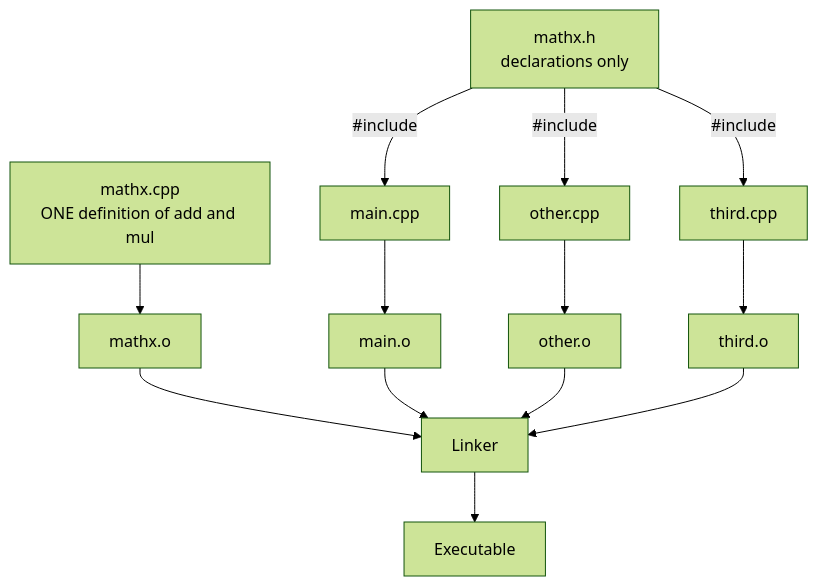
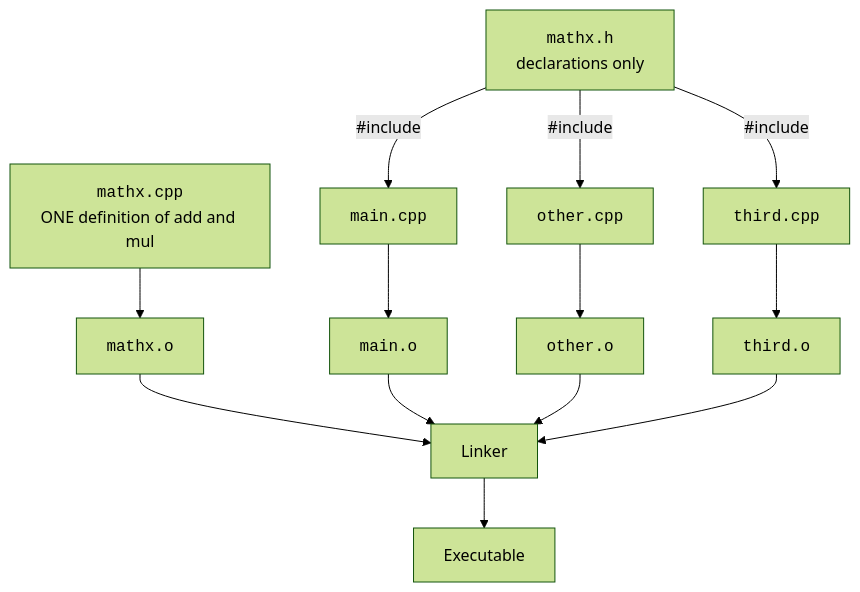
One commit to dataslope/dataslope changed the fourth of 4 diagrams in content/learn/from-zero-to-cpp/compilation-pipeline.mdx. Above: the diagram before and after it, drawn with Mermaid (forest theme). The commit also changed other lines of this file and 218 other files, not shown here.

First line of the commit message:
Render code-only mermaid shapes in monospace; convert step sequences to Steps (#467)

````diff
--- a/content/learn/from-zero-to-cpp/compilation-pipeline.mdx
+++ b/content/learn/from-zero-to-cpp/compilation-pipeline.mdx
@@ -257,15 +257,15 @@
 ```mermaid
 flowchart TD
-    H[mathx.h<br/>declarations only] -->|"#include"| M1[main.cpp]
-    H -->|"#include"| M2[other.cpp]
-    H -->|"#include"| M3[third.cpp]
-    Imp[mathx.cpp<br/>ONE definition of add and mul] --> Obj[mathx.o]
-    M1 --> O1[main.o]
-    M2 --> O2[other.o]
-    M3 --> O3[third.o]
+    H["<code>mathx.h</code><br/>declarations only"] -->|"#include"| M1["<code>main.cpp</code>"]
+    H -->|"#include"| M2["<code>other.cpp</code>"]
+    H -->|"#include"| M3["<code>third.cpp</code>"]
+    Imp["<code>mathx.cpp</code><br/>ONE definition of add and mul"] --> Obj["<code>mathx.o</code>"]
+    M1 --> O1["<code>main.o</code>"]
+    M2 --> O2["<code>other.o</code>"]
+    M3 --> O3["<code>third.o</code>"]
     Obj --> Lk[Linker]
     O1 --> Lk
     O2 --> Lk
     O3 --> Lk
     Lk --> Exe[Executable]
 ```
````
